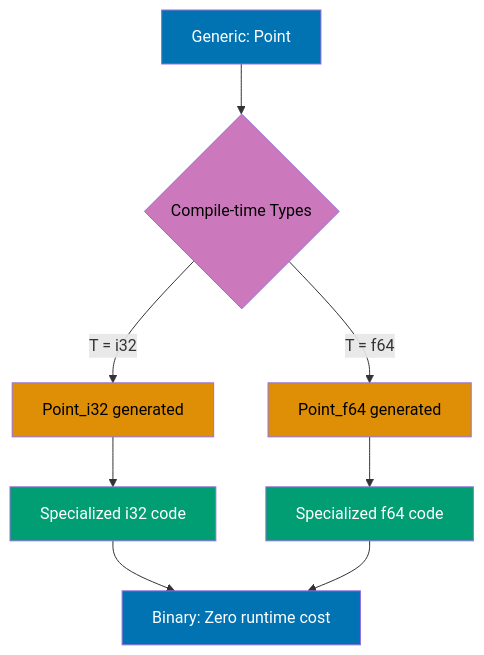
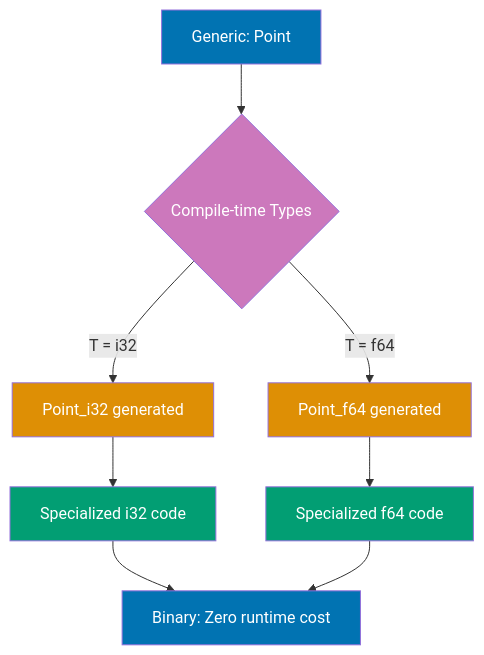
Before and after one commit to wahidyankf/open-sharia-enterprise: the fourth of 12 diagrams in apps/ayokoding-web/content/en/learn/software-engineering/programming-languages/rust/by-example/intermediate.md, drawn with Mermaid. The commit also changed other lines of this file and 61 other files, not shown here.

First line of the commit message:
fix(ayokoding-web): quote Mermaid node labels with special characters in Example 63

````diff
--- a/apps/ayokoding-web/content/en/learn/software-engineering/programming-languages/rust/by-example/intermediate.md
+++ b/apps/ayokoding-web/content/en/learn/software-engineering/programming-languages/rust/by-example/intermediate.md
@@ -751,19 +751,19 @@
 ```mermaid
 %% Monomorphization process at compile time
 graph TD
     A[Generic: Point<T>] --> B{Compile-time Types}
     B -->|T = i32| C[Point_i32 generated]
     B -->|T = f64| D[Point_f64 generated]
     C --> E[Specialized i32 code]
     D --> F[Specialized f64 code]
     E --> G[Binary: Zero runtime cost]
     F --> G
 
     style A fill:#0173B2,color:#fff
-    style B fill:#CC78BC,color:#000
-    style C fill:#DE8F05,color:#000
-    style D fill:#DE8F05,color:#000
+    style B fill:#CC78BC,color:#fff
+    style C fill:#DE8F05,color:#fff
+    style D fill:#DE8F05,color:#fff
     style E fill:#029E73,color:#fff
     style F fill:#029E73,color:#fff
     style G fill:#0173B2,color:#fff
 ```
````
